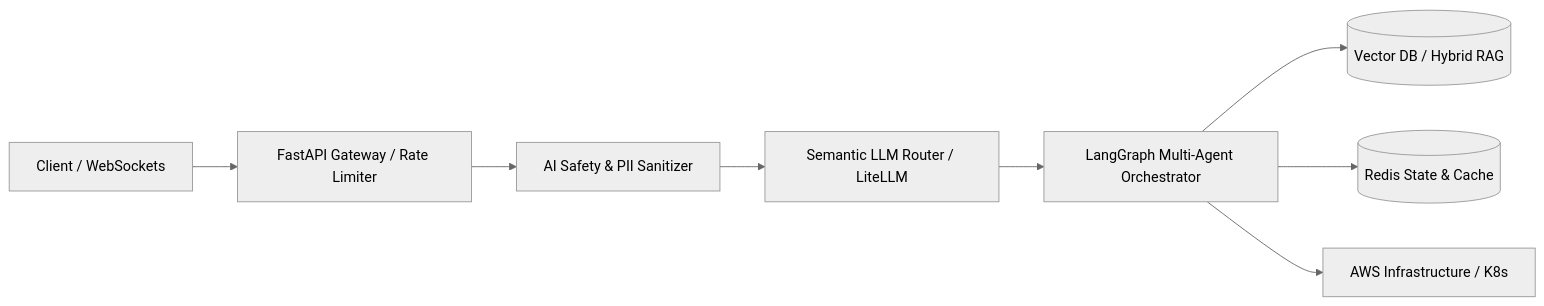
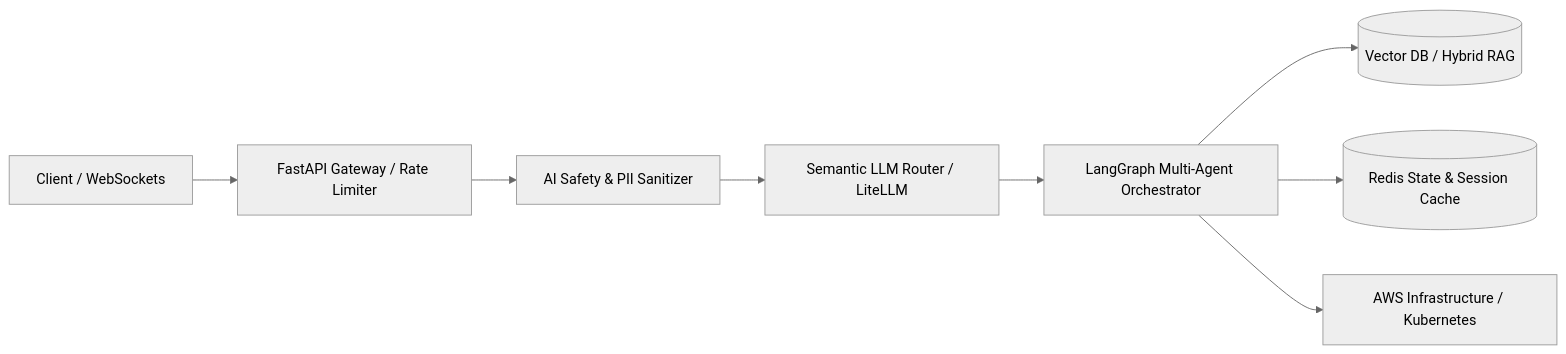
The diagram in README.md (ahmedgeeter/ahmedgeeter), drawn with Mermaid (neutral theme) before and after one commit. The commit also changed other lines of this file, not shown here.

````diff
--- a/README.md
+++ b/README.md
@@ -159,10 +221,10 @@
 ```mermaid
 graph LR
     User[Client / WebSockets] --> Gateway[FastAPI Gateway / Rate Limiter]
     Gateway --> Guardrail[AI Safety & PII Sanitizer]
     Guardrail --> Router[Semantic LLM Router / LiteLLM]
     Router --> Agents[LangGraph Multi-Agent Orchestrator]
     Agents --> VectorDB[(Vector DB / Hybrid RAG)]
-    Agents --> Cache[(Redis State & Cache)]
-    Agents --> Cloud[AWS Infrastructure / K8s]
+    Agents --> Cache[(Redis State & Session Cache)]
+    Agents --> Cloud[AWS Infrastructure / Kubernetes]
 ```
````
